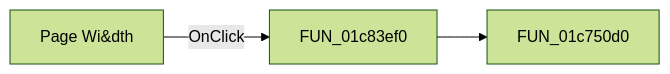
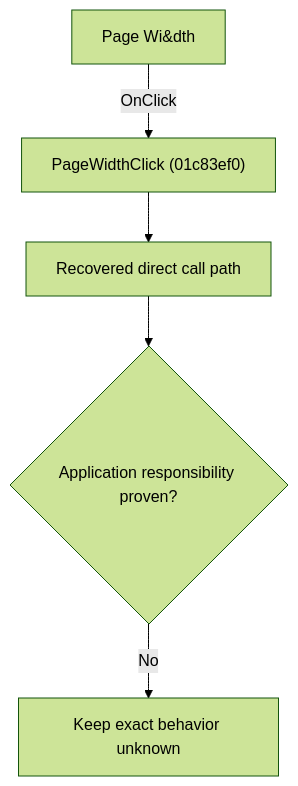
One commit to MovGP0/TIARA changed the diagram in docs/ui-controls/schematiceditor/pagewidth-73a7462544.md. Above: the diagram before and after it, drawn with Mermaid (forest theme). The commit also changed other lines of this file and 1062 other files, not shown here.

````diff
--- a/docs/ui-controls/schematiceditor/pagewidth-73a7462544.md
+++ b/docs/ui-controls/schematiceditor/pagewidth-73a7462544.md
@@ -27,5 +27,7 @@
 ```mermaid
-flowchart LR
-    control["Page Wi&dth"] -->|OnClick| handler["FUN_01c83ef0"]
-    handler --> call1["FUN_01c750d0"]
+flowchart TD
+    control["Page Wi&dth"] -->|"OnClick"| handler["PageWidthClick (01c83ef0)"]
+    handler --> recovered["Recovered direct call path"]
+    recovered --> gap{"Application responsibility proven?"}
+    gap -->|"No"| blocked["Keep exact behavior unknown"]
 ```
````
